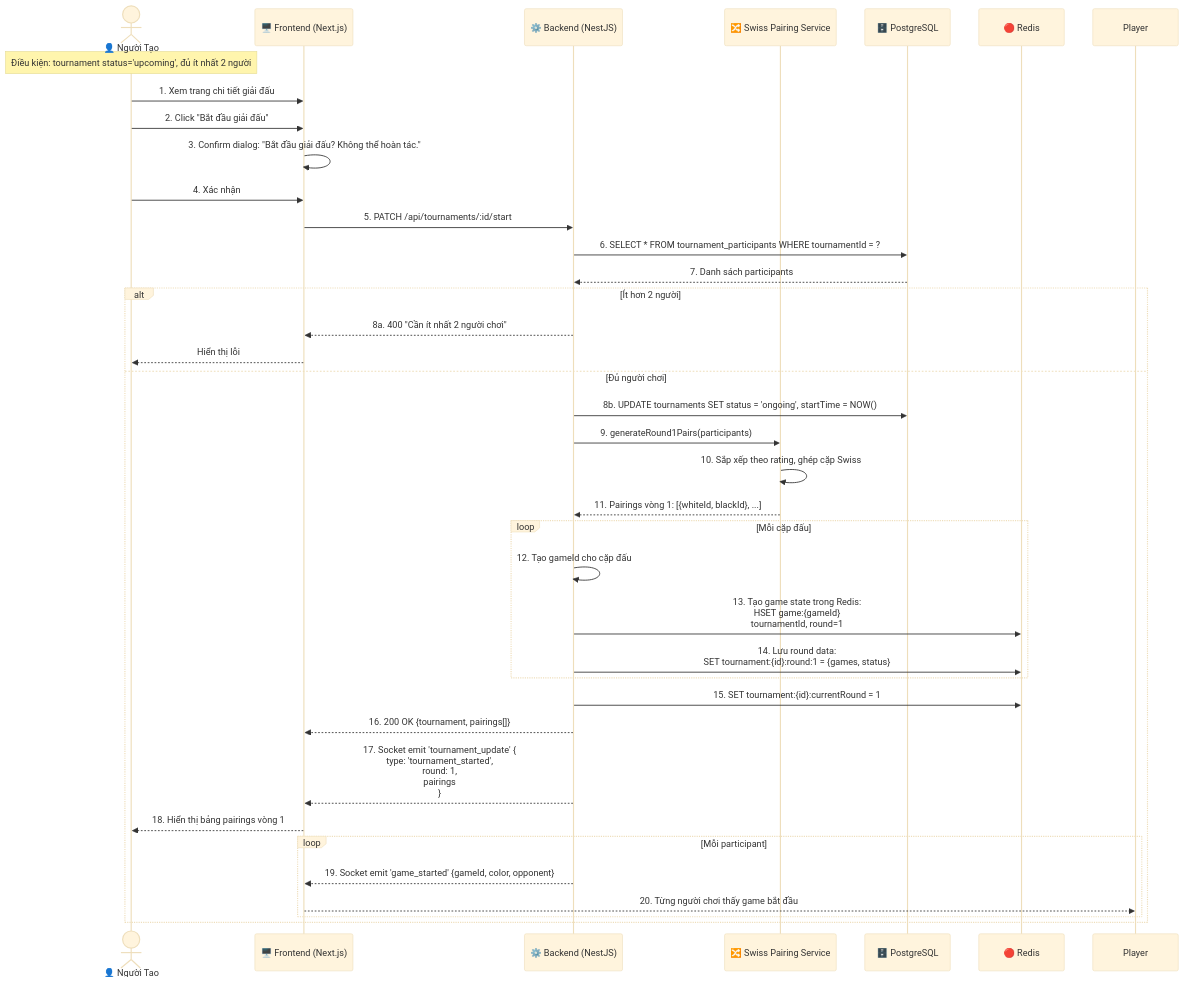
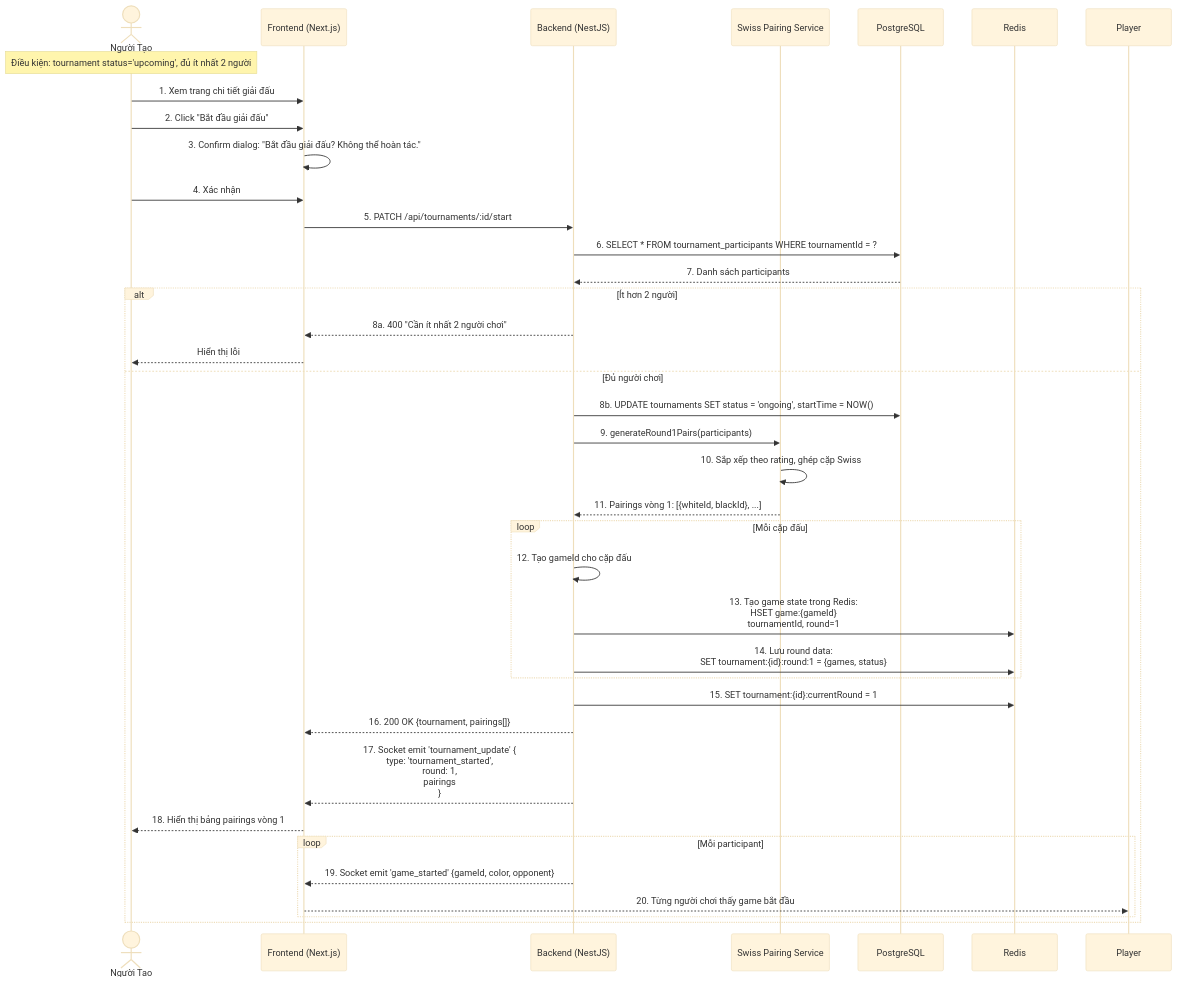
Before and after one commit to legiabao0907/web-chess-real-time: diagram 12 of 22 in docs/sequence-diagrams.md, drawn with Mermaid (base theme). The commit also changed other lines of this file, not shown here.

````diff
--- a/docs/sequence-diagrams.md
+++ b/docs/sequence-diagrams.md
@@ -553,49 +553,49 @@
 ```mermaid
 sequenceDiagram
-    actor Creator as 👤 Người Tạo
-    participant FE as 🖥️ Frontend (Next.js)
-    participant BE as ⚙️ Backend (NestJS)
-    participant SwissService as 🔀 Swiss Pairing Service
-    participant PG as 🗄️ PostgreSQL
-    participant Redis as 🔴 Redis
+ actor Creator as Người Tạo
+ participant FE as Frontend (Next.js)
+ participant BE as Backend (NestJS)
+ participant SwissService as Swiss Pairing Service
+ participant PG as PostgreSQL
+ participant Redis as Redis
 
-    Note over Creator: Điều kiện: tournament status='upcoming', đủ ít nhất 2 người
+ Note over Creator: Điều kiện: tournament status='upcoming', đủ ít nhất 2 người
 
-    Creator->>FE: 1. Xem trang chi tiết giải đấu
-    Creator->>FE: 2. Click "Bắt đầu giải đấu"
-    FE->>FE: 3. Confirm dialog: "Bắt đầu giải đấu? Không thể hoàn tác."
+ Creator->>FE: 1. Xem trang chi tiết giải đấu
+ Creator->>FE: 2. Click "Bắt đầu giải đấu"
+ FE->>FE: 3. Confirm dialog: "Bắt đầu giải đấu? Không thể hoàn tác."
 
-    Creator->>FE: 4. Xác nhận
-    FE->>BE: 5. PATCH /api/tournaments/:id/start
+ Creator->>FE: 4. Xác nhận
+ FE->>BE: 5. PATCH /api/tournaments/:id/start
 
-    BE->>PG: 6. SELECT * FROM tournament_participants WHERE tournamentId = ?
-    PG-->>BE: 7. Danh sách participants
+ BE->>PG: 6. SELECT * FROM tournament_participants WHERE tournamentId = ?
+ PG-->>BE: 7. Danh sách participants
 
-    alt Ít hơn 2 người
-        BE-->>FE: 8a. 400 "Cần ít nhất 2 người chơi"
-        FE-->>Creator: Hiển thị lỗi
-    else Đủ người chơi
-        BE->>PG: 8b. UPDATE tournaments SET status = 'ongoing', startTime = NOW()
-        BE->>SwissService: 9. generateRound1Pairs(participants)
-        SwissService->>SwissService: 10. Sắp xếp theo rating, ghép cặp Swiss
-        SwissService-->>BE: 11. Pairings vòng 1: [{whiteId, blackId}, ...]
+ alt Ít hơn 2 người
+ BE-->>FE: 8a. 400 "Cần ít nhất 2 người chơi"
+ FE-->>Creator: Hiển thị lỗi
+ else Đủ người chơi
+ BE->>PG: 8b. UPDATE tournaments SET status = 'ongoing', startTime = NOW()
+ BE->>SwissService: 9. generateRound1Pairs(participants)
+ SwissService->>SwissService: 10. Sắp xếp theo rating, ghép cặp Swiss
+ SwissService-->>BE: 11. Pairings vòng 1: [{whiteId, blackId}, ...]
 
-        loop Mỗi cặp đấu
-            BE->>BE: 12. Tạo gameId cho cặp đấu
-            BE->>Redis: 13. Tạo game state trong Redis:<br/>HSET game:{gameId}<br/>  tournamentId, round=1
-            BE->>Redis: 14. Lưu round data:<br/>SET tournament:{id}:round:1 = {games, status}
-        end
+ loop Mỗi cặp đấu
+ BE->>BE: 12. Tạo gameId cho cặp đấu
+ BE->>Redis: 13. Tạo game state trong Redis:<br/>HSET game:{gameId}<br/> tournamentId, round=1
+ BE->>Redis: 14. Lưu round data:<br/>SET tournament:{id}:round:1 = {games, status}
+ end
 
-        BE->>Redis: 15. SET tournament:{id}:currentRound = 1
-        BE-->>FE: 16. 200 OK {tournament, pairings[]}
+ BE->>Redis: 15. SET tournament:{id}:currentRound = 1
+ BE-->>FE: 16. 200 OK {tournament, pairings[]}
 
-        BE-->>FE: 17. Socket emit 'tournament_update' {<br/>  type: 'tournament_started',<br/>  round: 1,<br/>  pairings<br/>}
-        FE-->>Creator: 18. Hiển thị bảng pairings vòng 1
+ BE-->>FE: 17. Socket emit 'tournament_update' {<br/> type: 'tournament_started',<br/> round: 1,<br/> pairings<br/>}
+ FE-->>Creator: 18. Hiển thị bảng pairings vòng 1
 
-        %% Notify tất cả participants
-        loop Mỗi participant
-            BE-->>FE: 19. Socket emit 'game_started' {gameId, color, opponent}
-            FE-->>Player: 20. Từng người chơi thấy game bắt đầu
-        end
-    end
+ %% Notify tất cả participants
+ loop Mỗi participant
+ BE-->>FE: 19. Socket emit 'game_started' {gameId, color, opponent}
+ FE-->>Player: 20. Từng người chơi thấy game bắt đầu
+ end
+ end
 ```
````
